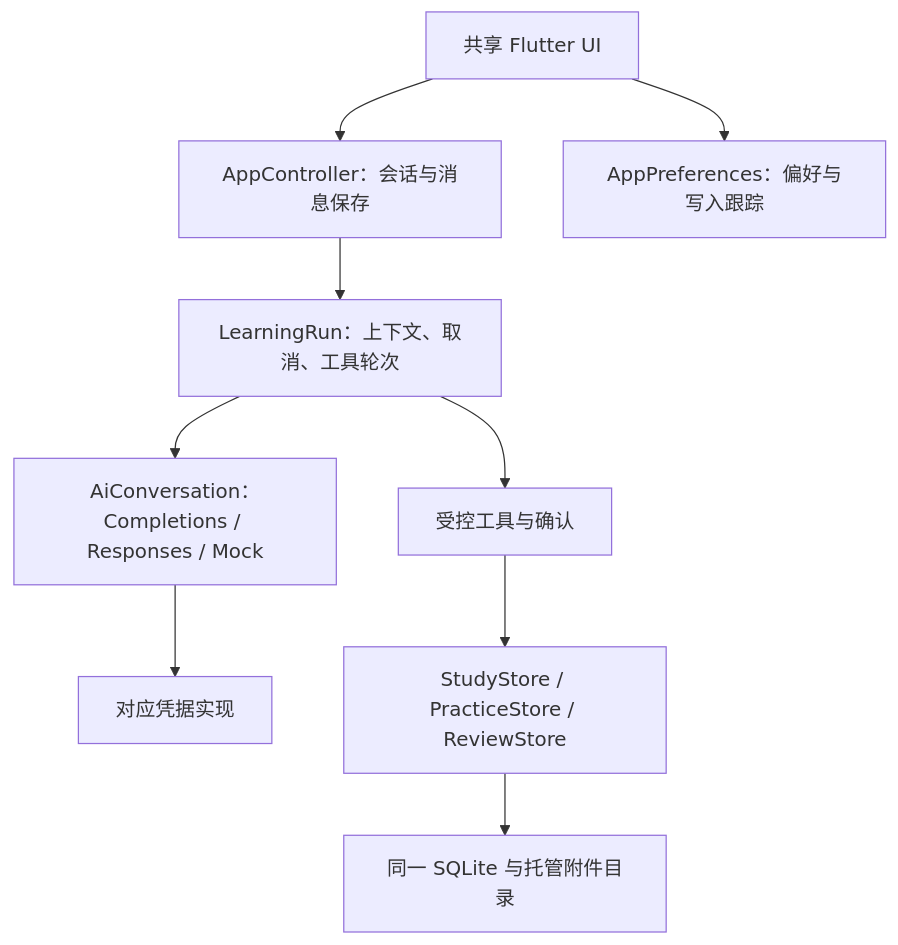
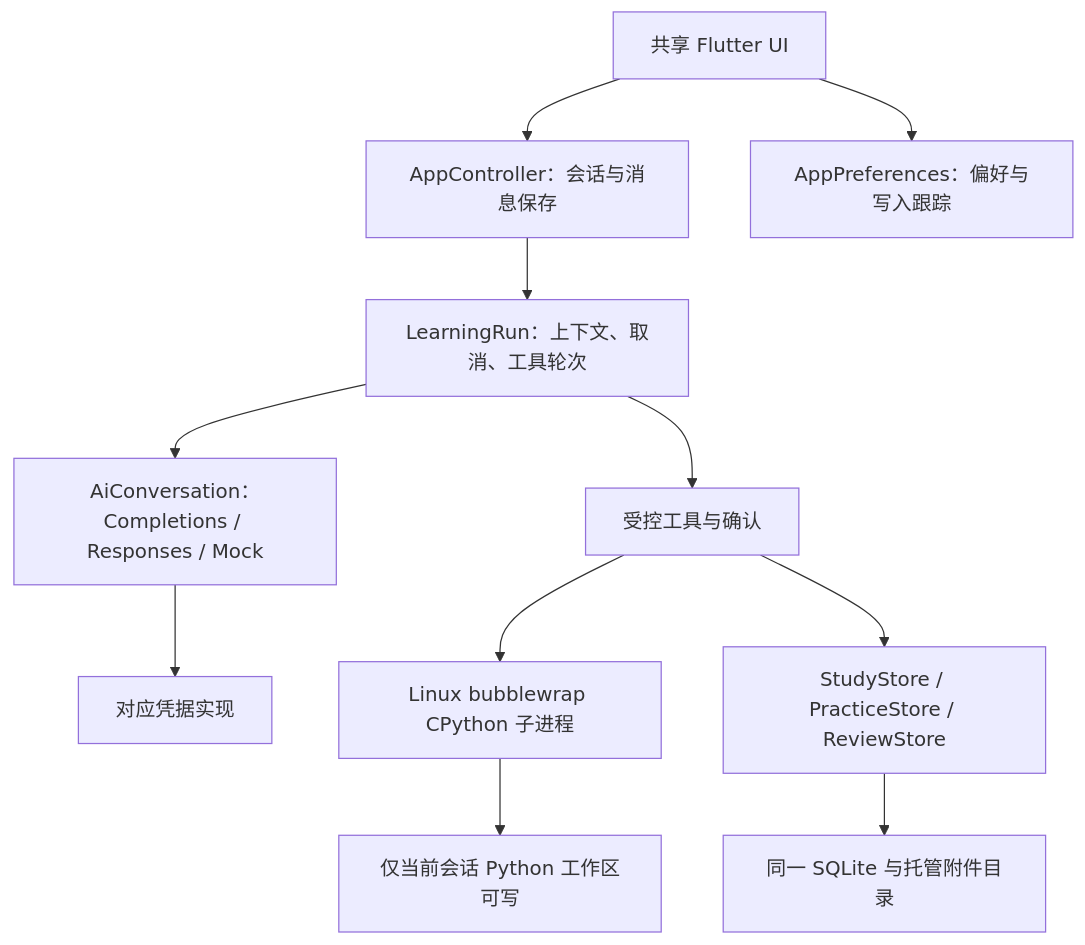
The diagram in docs/ARCHITECTURE_REVIEW.md (mumu-lhl/tixun), drawn with Mermaid before and after one commit. The commit also changed other lines of this file and 19 other files, not shown here.

First line of the commit message:
feat(python): isolate Linux code execution

````diff
--- a/docs/ARCHITECTURE_REVIEW.md
+++ b/docs/ARCHITECTURE_REVIEW.md
@@ -24,11 +25,13 @@
 ```mermaid
 flowchart TD
   UI[共享 Flutter UI] --> C[AppController：会话与消息保存]
   UI --> P[AppPreferences：偏好与写入跟踪]
   C --> R[LearningRun：上下文、取消、工具轮次]
   R --> A[AiConversation：Completions / Responses / Mock]
   A --> K[对应凭据实现]
   R --> T[受控工具与确认]
+  T --> PY[Linux bubblewrap CPython 子进程]
+  PY --> W[仅当前会话 Python 工作区可写]
   T --> S[StudyStore / PracticeStore / ReviewStore]
   S --> DB[同一 SQLite 与托管附件目录]
 ```
````
